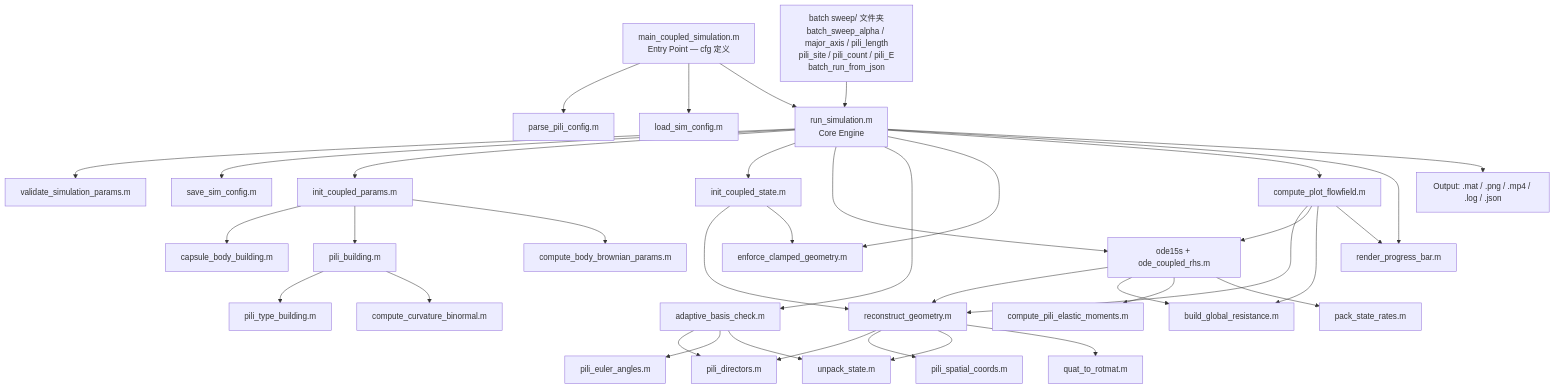
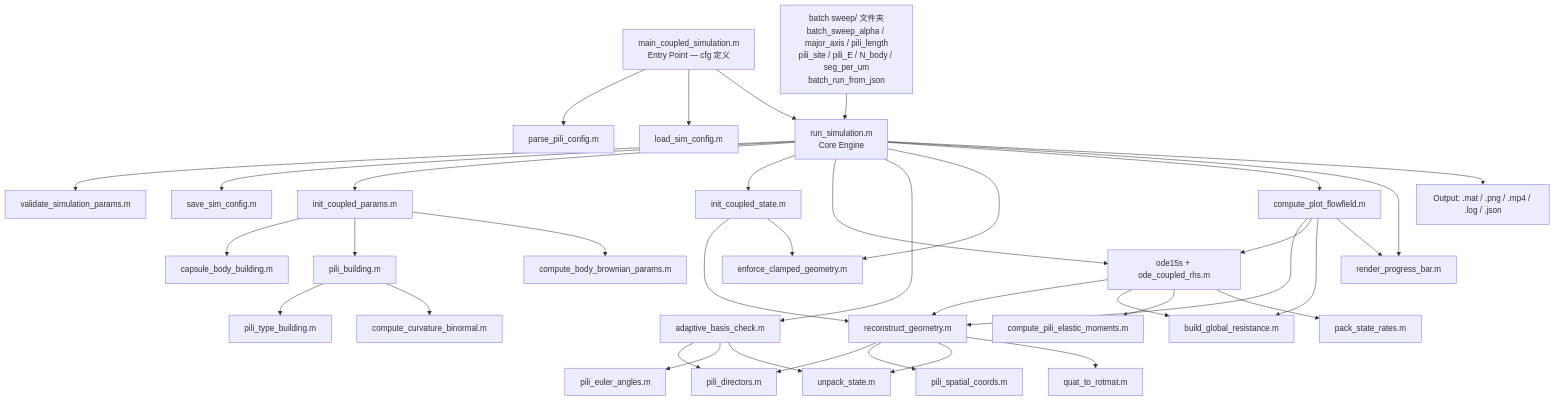
Before and after one commit to Lucien-6/Bacteria_Elastohydrodynamic_Simulation: the diagram in README.md, drawn with Mermaid. The commit also changed other lines of this file and 12 other files, not shown here.

````diff
--- a/README.md
+++ b/README.md
@@ -177,47 +177,47 @@
 ```mermaid
 graph TD
     ENTRY[main_coupled_simulation.m<br/>Entry Point — cfg 定义] --> PC[parse_pili_config.m]
     ENTRY --> LC[load_sim_config.m]
     ENTRY --> RUN[run_simulation.m<br/>Core Engine]
 
     RUN --> VAL[validate_simulation_params.m]
     RUN --> SC[save_sim_config.m]
     RUN --> B[init_coupled_params.m]
     RUN --> C[init_coupled_state.m]
     RUN --> D[ode15s + ode_coupled_rhs.m]
     RUN --> E[adaptive_basis_check.m]
     RUN --> F[enforce_clamped_geometry.m]
     RUN --> V[compute_plot_flowfield.m]
     RUN --> PB[render_progress_bar.m]
     RUN --> G[Output: .mat / .png / .mp4 / .log / .json]
 
     B --> H[capsule_body_building.m]
     B --> I[pili_building.m]
     B --> W[compute_body_brownian_params.m]
     I --> J[pili_type_building.m]
     I --> K[compute_curvature_binormal.m]
 
     C --> L[reconstruct_geometry.m]
     C --> F
 
     D --> L
     D --> M[build_global_resistance.m]
     D --> N[compute_pili_elastic_moments.m]
     D --> P[pack_state_rates.m]
 
     V --> L
     V --> D
     V --> M
     V --> PB
 
     L --> Q[pili_directors.m]
     L --> R[pili_spatial_coords.m]
     L --> S[unpack_state.m]
     L --> T[quat_to_rotmat.m]
 
     E --> Q
     E --> U[pili_euler_angles.m]
     E --> S
 
-    BATCH["batch sweep/ 文件夹<br/>batch_sweep_alpha / major_axis / pili_length<br/>pili_site / pili_count / pili_E<br/>batch_run_from_json"] --> RUN
+    BATCH["batch sweep/ 文件夹<br/>batch_sweep_alpha / major_axis / pili_length<br/>pili_site / pili_E / N_body / seg_per_um<br/>batch_run_from_json"] --> RUN
 ```
````
